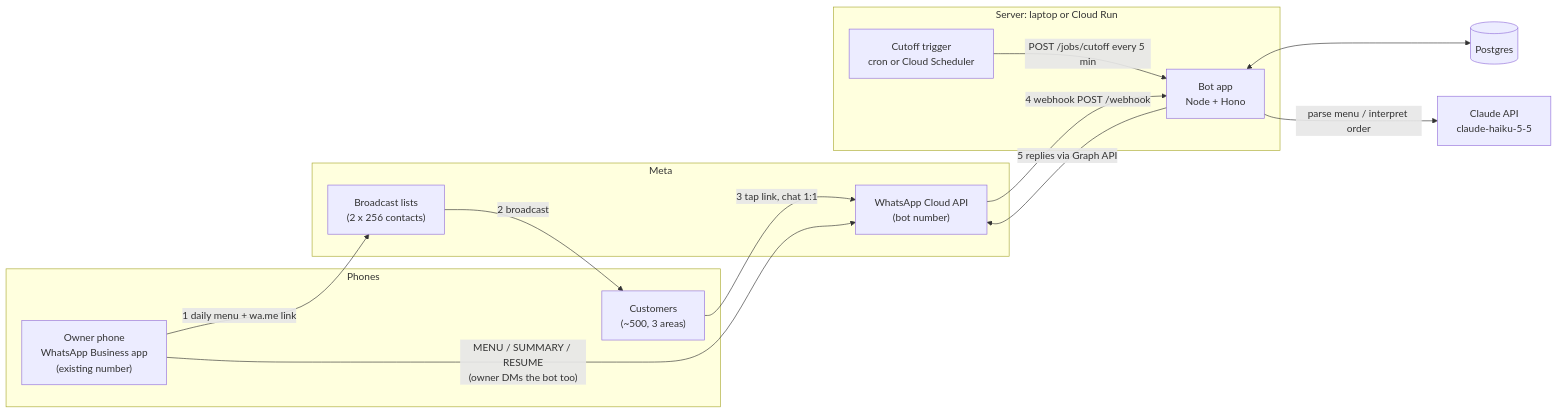
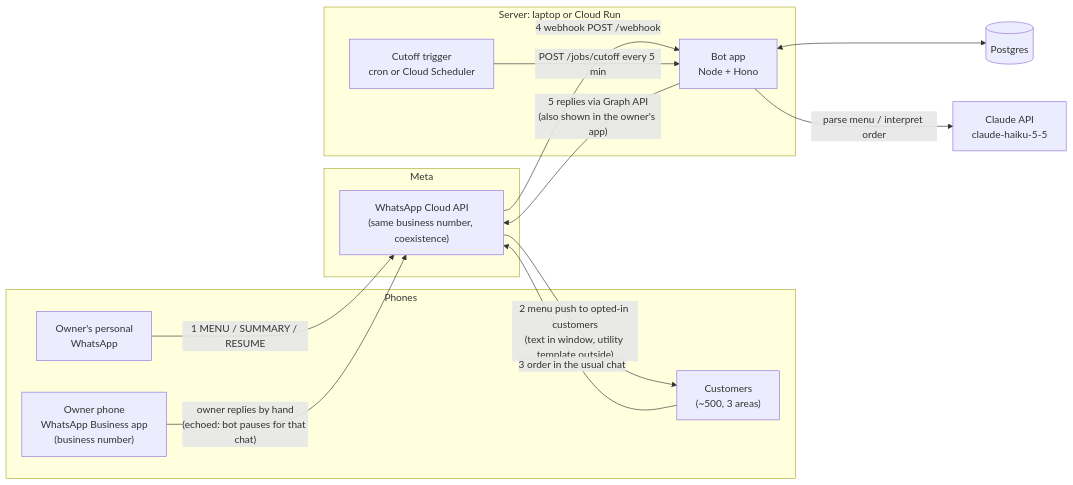
Before and after one commit to ashwin2912/preppr: the first of 13 diagrams in system-design.md, drawn with Mermaid. The commit also changed other lines of this file and 9 other files, not shown here.

First line of the commit message:
Docs: make coexistence on the owner's number the setup everywhere

````diff
--- a/system-design.md
+++ b/system-design.md
@@ -14,30 +16,30 @@
 ```mermaid
 flowchart LR
     subgraph Phones["Phones"]
-        OWNERAPP["Owner phone<br/>WhatsApp Business app<br/>(existing number)"]
+        OWNERAPP["Owner phone<br/>WhatsApp Business app<br/>(business number)"]
+        PERSONAL["Owner's personal<br/>WhatsApp"]
         CUST["Customers<br/>(~500, 3 areas)"]
     end
 
     subgraph Meta["Meta"]
-        BL["Broadcast lists<br/>(2 x 256 contacts)"]
-        CLOUD["WhatsApp Cloud API<br/>(bot number)"]
+        CLOUD["WhatsApp Cloud API<br/>(same business number, coexistence)"]
     end
 
     subgraph Host["Server: laptop or Cloud Run"]
         APP["Bot app<br/>Node + Hono"]
         JOB["Cutoff trigger<br/>cron or Cloud Scheduler"]
     end
 
     DB[("Postgres")]
     LLM["Claude API<br/>claude-haiku-5-5"]
 
-    OWNERAPP -- "1 daily menu + wa.me link" --> BL
-    BL -- "2 broadcast" --> CUST
-    CUST -- "3 tap link, chat 1:1" --> CLOUD
-    OWNERAPP -- "MENU / SUMMARY / RESUME<br/>(owner DMs the bot too)" --> CLOUD
+    PERSONAL -- "1 MENU / SUMMARY / RESUME" --> CLOUD
+    CLOUD -- "2 menu push to opted-in customers<br/>(text in window, utility template outside)" --> CUST
+    CUST -- "3 order in the usual chat" --> CLOUD
+    OWNERAPP -- "owner replies by hand<br/>(echoed: bot pauses for that chat)" --> CLOUD
     CLOUD -- "4 webhook POST /webhook" --> APP
-    APP -- "5 replies via Graph API" --> CLOUD
+    APP -- "5 replies via Graph API<br/>(also shown in the owner's app)" --> CLOUD
     APP <--> DB
     APP -- "parse menu / interpret order" --> LLM
     JOB -- "POST /jobs/cutoff every 5 min" --> APP
 ```
````
